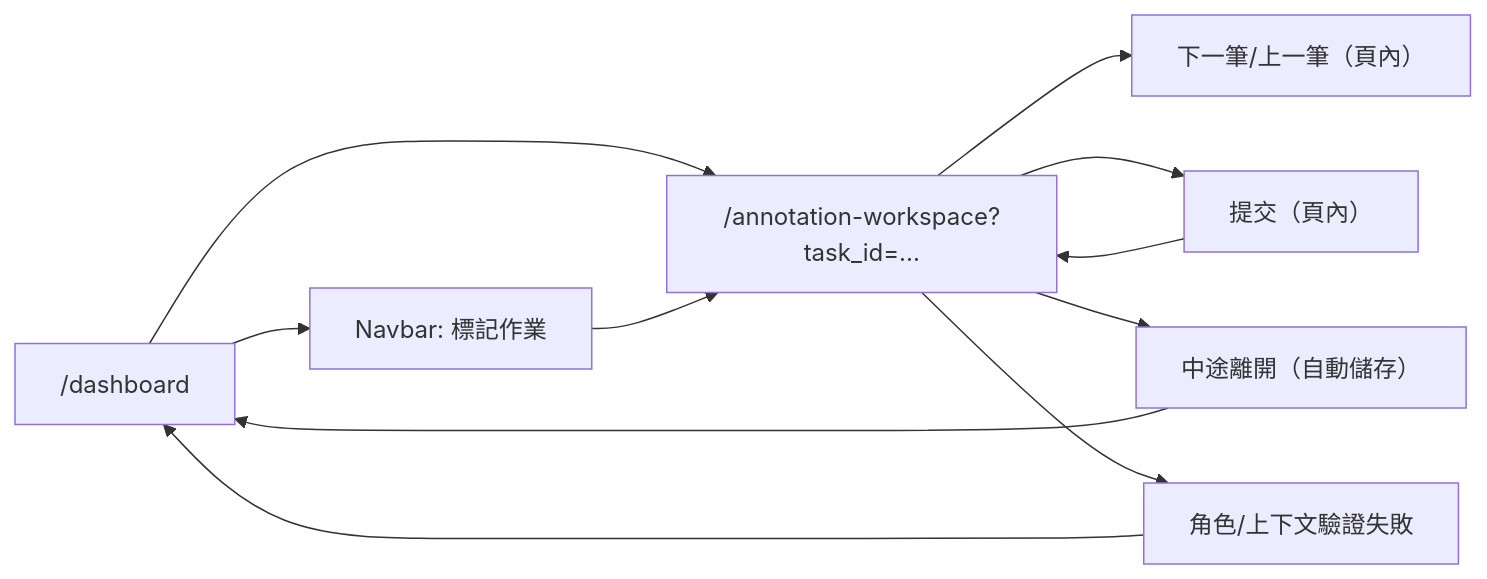
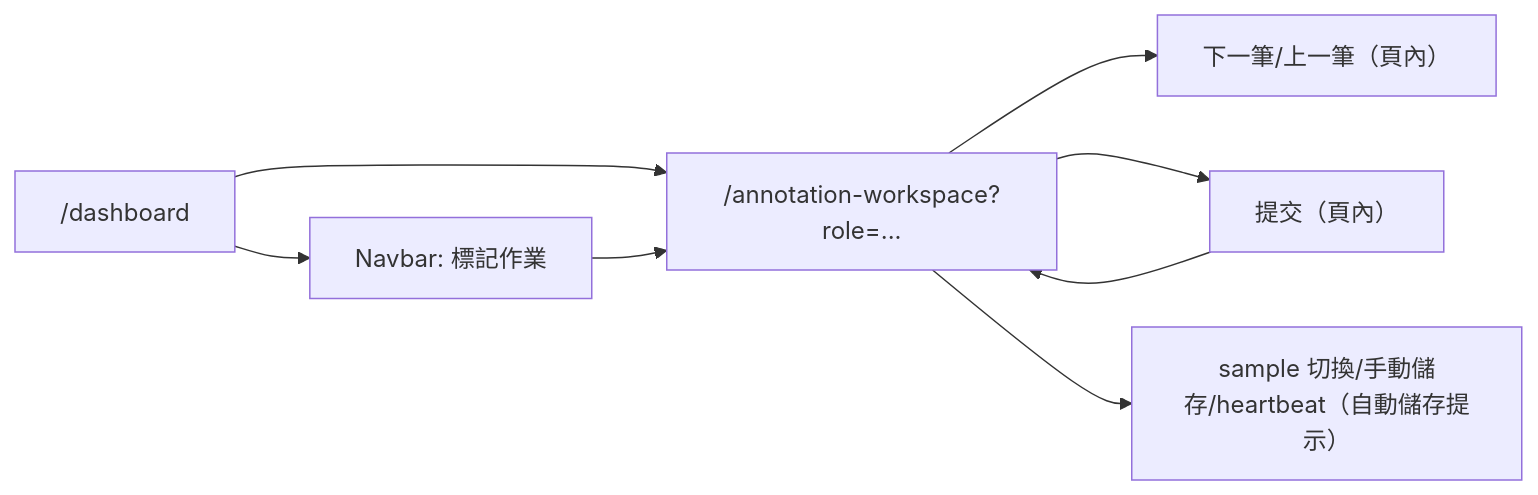
Before and after one commit to singyichen/label-suite: the second of 2 diagrams in specs/annotation/015-annotation-workspace/spec.md, drawn with Mermaid. The commit also changed other lines of this file and 8 other files, not shown here.

Commit message:
Sync annotation workspace routing and spec flows

````diff
--- a/specs/annotation/015-annotation-workspace/spec.md
+++ b/specs/annotation/015-annotation-workspace/spec.md
@@ -220,13 +214,10 @@
 ```mermaid
 flowchart LR
-    D["/dashboard"] --> AW["/annotation-workspace?task_id=..."]
+    D["/dashboard"] --> AW["/annotation-workspace?role=..."]
     D --> NAV["Navbar: 標記作業"]
     NAV --> AW
     AW --> NEXT["下一筆/上一筆（頁內）"]
     AW --> SUBMIT["提交（頁內）"]
     SUBMIT --> AW
-    AW --> AUTO["中途離開（自動儲存）"]
-    AUTO --> D
-    AW --> ERR["角色/上下文驗證失敗"]
-    ERR --> D
+    AW --> AUTO["sample 切換/手動儲存/heartbeat（自動儲存提示）"]
 ```
````
